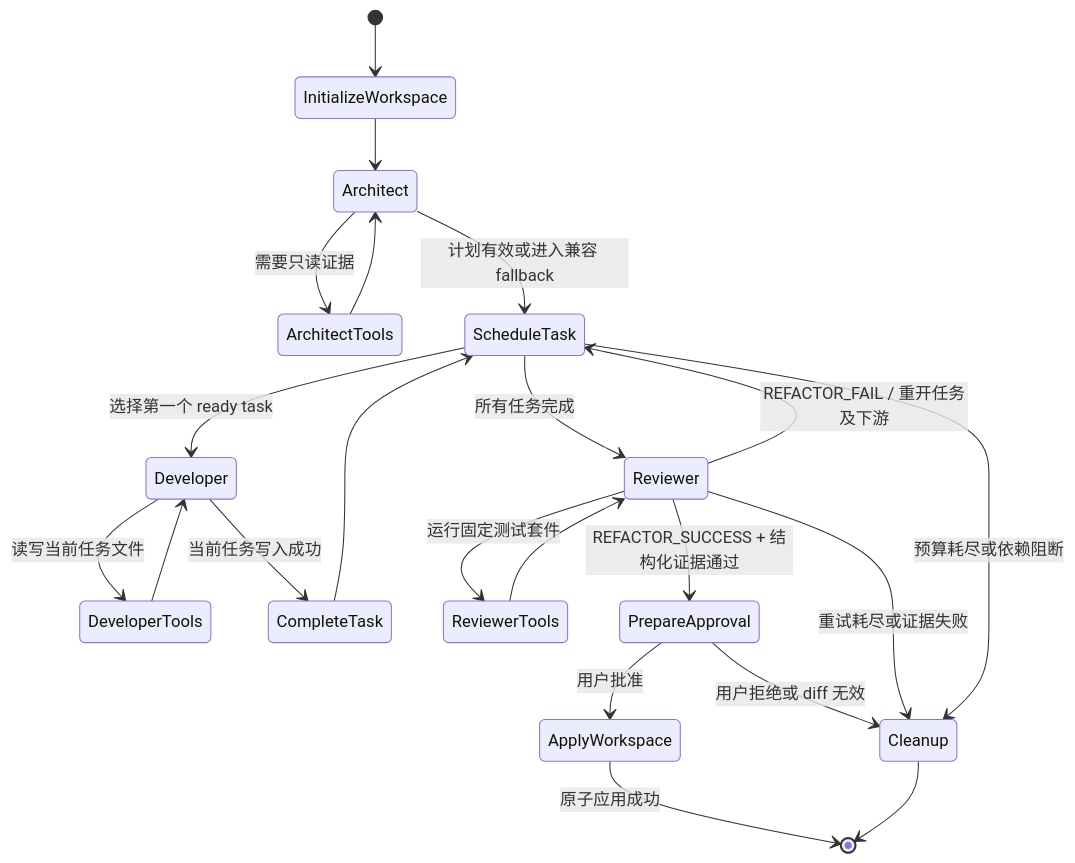
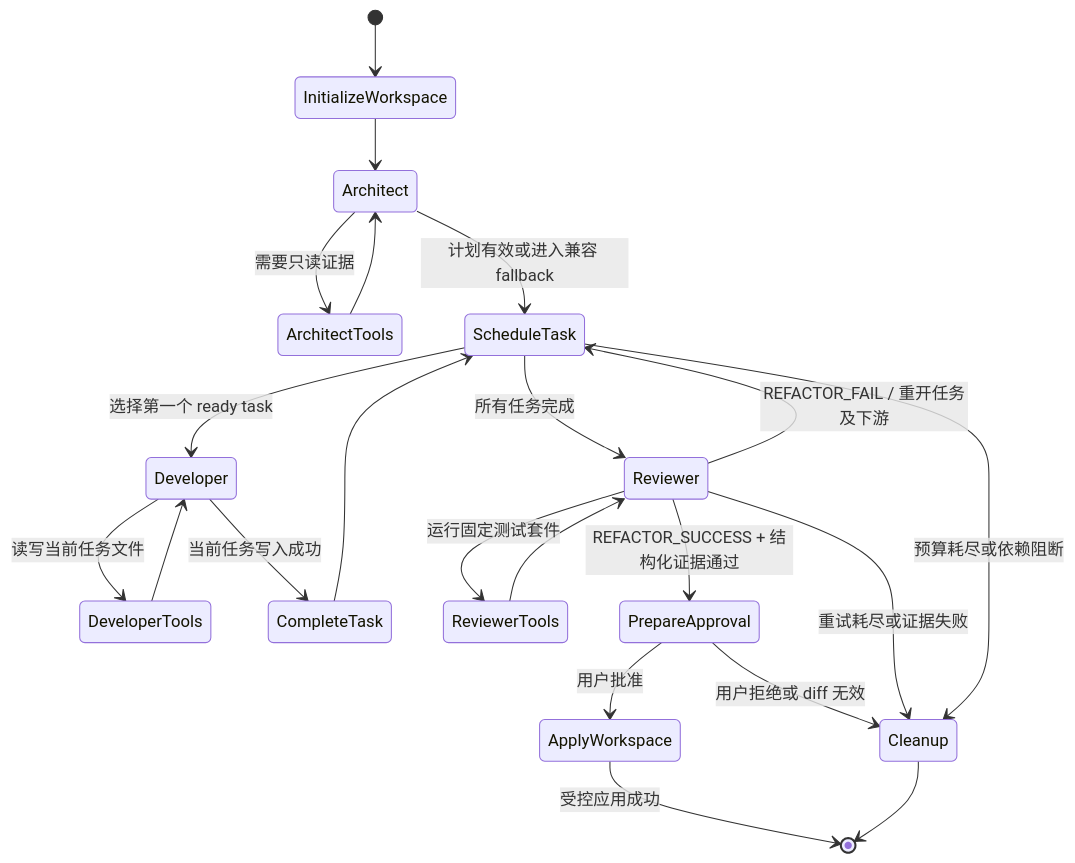
One commit to SinerZ1/Refactor-Agent changed the second of 3 diagrams in README.md. Above: the diagram before and after it, drawn with Mermaid. The commit also changed other lines of this file and 8 other files, not shown here.

````diff
--- a/README.md
+++ b/README.md
@@ -92,24 +92,24 @@
 ```mermaid
 stateDiagram-v2
     [*] --> InitializeWorkspace
     InitializeWorkspace --> Architect
     Architect --> ArchitectTools: 需要只读证据
     ArchitectTools --> Architect
     Architect --> ScheduleTask: 计划有效或进入兼容 fallback
     ScheduleTask --> Developer: 选择第一个 ready task
     Developer --> DeveloperTools: 读写当前任务文件
     DeveloperTools --> Developer
     Developer --> CompleteTask: 当前任务写入成功
     CompleteTask --> ScheduleTask
     ScheduleTask --> Reviewer: 所有任务完成
     Reviewer --> ReviewerTools: 运行固定测试套件
     ReviewerTools --> Reviewer
     Reviewer --> ScheduleTask: REFACTOR_FAIL / 重开任务及下游
     Reviewer --> PrepareApproval: REFACTOR_SUCCESS + 结构化证据通过
     PrepareApproval --> ApplyWorkspace: 用户批准
     PrepareApproval --> Cleanup: 用户拒绝或 diff 无效
-    ApplyWorkspace --> [*]: 原子应用成功
+    ApplyWorkspace --> [*]: 受控应用成功
     Reviewer --> Cleanup: 重试耗尽或证据失败
     ScheduleTask --> Cleanup: 预算耗尽或依赖阻断
     Cleanup --> [*]
 ```
````
